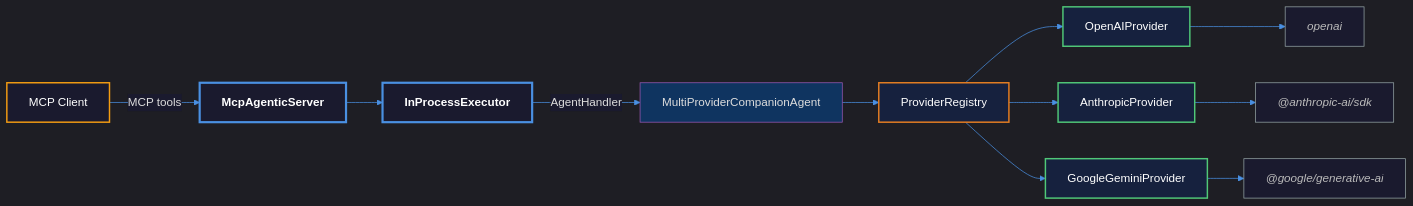
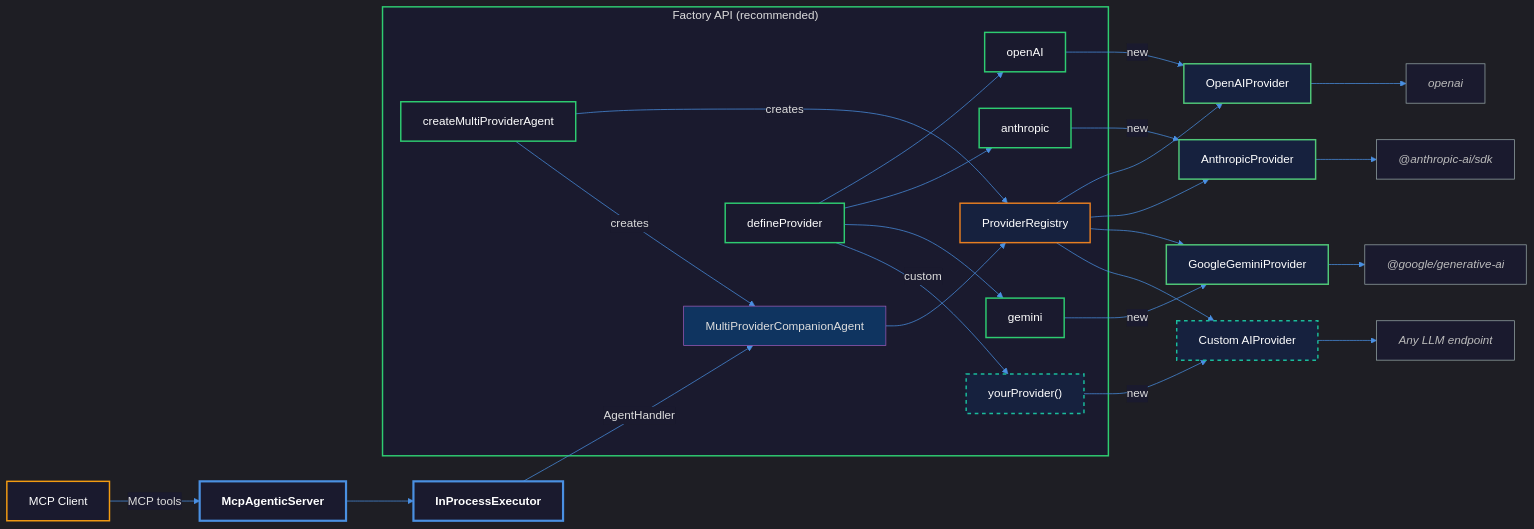
The first of 7 diagrams in README.md (stdiobus/mcp-agentic), drawn with Mermaid before and after one commit. The commit also changed other lines of this file, not shown here.

First line of the commit message:
docs(readme): update multi-provider quick start with factory API and custom providers

````diff
--- a/README.md
+++ b/README.md
@@ -133,25 +238,47 @@
 ```mermaid
 %%{init: {'theme':'dark', 'themeVariables':{'edgeLabelBackground':'#1a1a2e','lineColor':'#4a90e2','textColor':'#ddd'}}}%%
 graph LR
     C[MCP Client] -->|MCP tools| S[McpAgenticServer] --> IPE[InProcessExecutor]
     IPE -->|AgentHandler| MCA[MultiProviderCompanionAgent]
+
+    subgraph FAC ["Factory API (recommended)"]
+        DP[defineProvider] --> OF[openAI]
+        DP --> AF[anthropic]
+        DP --> GF[gemini]
+        DP -->|custom| CP["yourProvider()"]
+        CMPA[createMultiProviderAgent] -->|creates| PR
+        CMPA -->|creates| MCA
+    end
+
     MCA --> PR[ProviderRegistry]
     PR --> OP[OpenAIProvider] --> OSDK[openai]
     PR --> AP[AnthropicProvider] --> ASDK["@anthropic-ai/sdk"]
     PR --> GP[GoogleGeminiProvider] --> GSDK["@google/generative-ai"]
+    PR --> CPI["Custom AIProvider"] --> CSDK["Any LLM endpoint"]
+    OF -->|new| OP
+    AF -->|new| AP
+    GF -->|new| GP
+    CP -->|new| CPI
 
     %% ── Styles ──
     classDef client fill:#1a1a2e,stroke:#f39c12,stroke-width:2px,color:#fff
     classDef kernel fill:#1a1a2e,stroke:#4a90e2,stroke-width:3px,color:#fff,font-weight:bold
     classDef worker fill:#16213e,stroke:#50c878,stroke-width:2px,color:#fff
     classDef agent fill:#0f3460,stroke:#9b59b6,stroke-width:1px,color:#ddd
     classDef proxy fill:#16213e,stroke:#e67e22,stroke-width:2px,color:#fff
     classDef external fill:#1a1a2e,stroke:#95a5a6,stroke-width:1px,color:#bbb,font-style:italic
+    classDef factory fill:#1a1a2e,stroke:#2ecc71,stroke-width:2px,color:#fff
+    classDef custom fill:#16213e,stroke:#1abc9c,stroke-width:2px,color:#fff,stroke-dasharray:5 5
 
     class C client
     class S,IPE kernel
     class MCA agent
     class PR proxy
     class OP,AP,GP worker
     class OSDK,ASDK,GSDK external
+    class DP,OF,AF,GF,CMPA factory
+    class CP,CPI custom
+    class CSDK external
+
+    style FAC fill:#1a1a2e,stroke:#2ecc71,stroke-width:2px,color:#ddd
 ```
````
